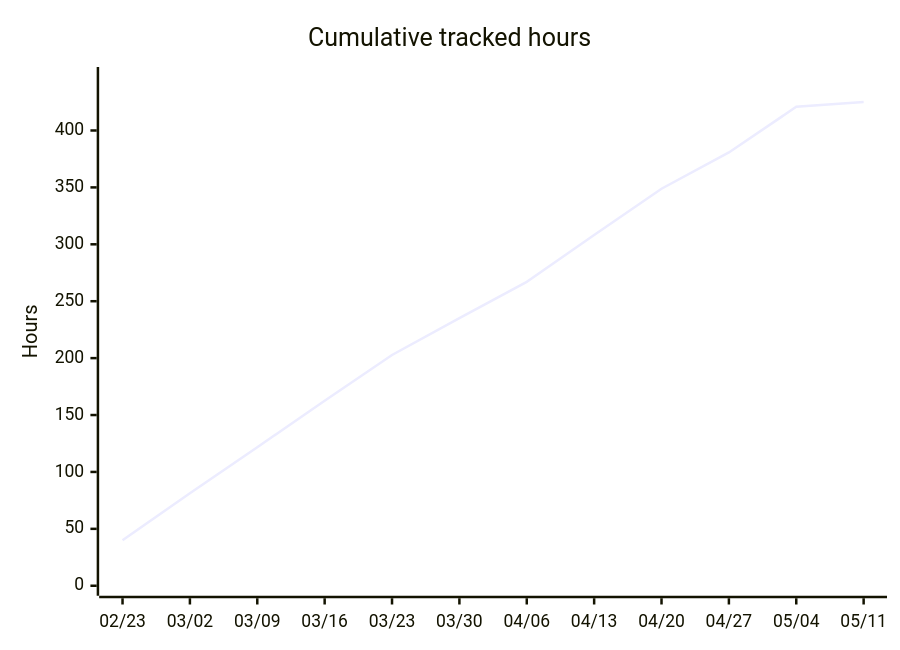
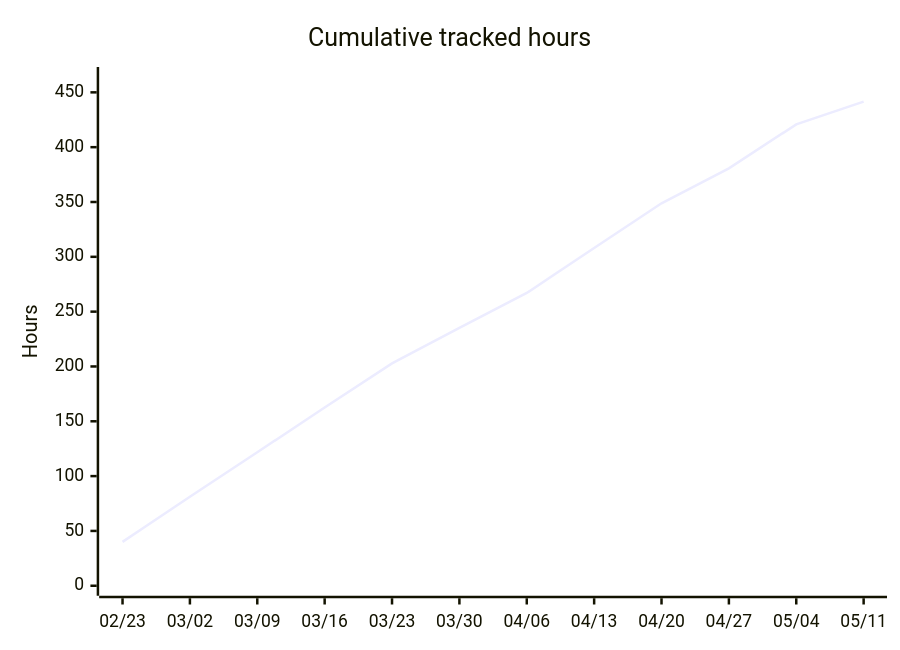
One commit to albinforsberg-netizen/timeclock changed the fifth of 5 diagrams in README.org. Above: the diagram before and after it, drawn with Mermaid. The commit also changed other lines of this file, not shown here.

```diff
--- a/README.org
+++ b/README.org
@@ -121,7 +121,7 @@
 #+begin_src mermaid
 xychart-beta
     title "Cumulative tracked hours"
     x-axis ["02/23", "03/02", "03/09", "03/16", "03/23", "03/30", "04/06", "04/13", "04/20", "04/27", "05/04", "05/11"]
-    y-axis "Hours" 0 --> 447
-    line [40.00, 81.25, 121.75, 162.50, 202.75, 235.19, 267.03, 308.11, 348.83, 380.71, 420.81, 425.10]
+    y-axis "Hours" 0 --> 464
+    line [40.00, 81.25, 121.75, 162.50, 202.75, 235.19, 267.03, 308.11, 348.83, 380.71, 420.81, 441.55]
 #+end_src
```
